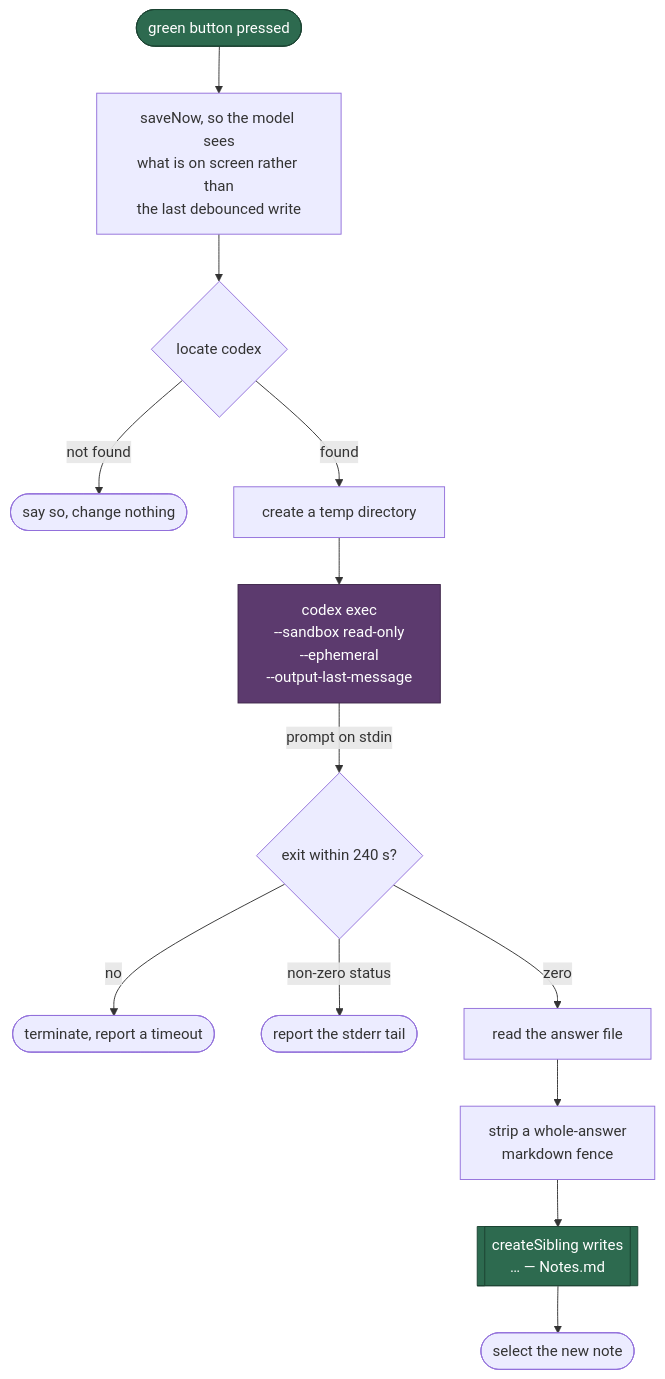
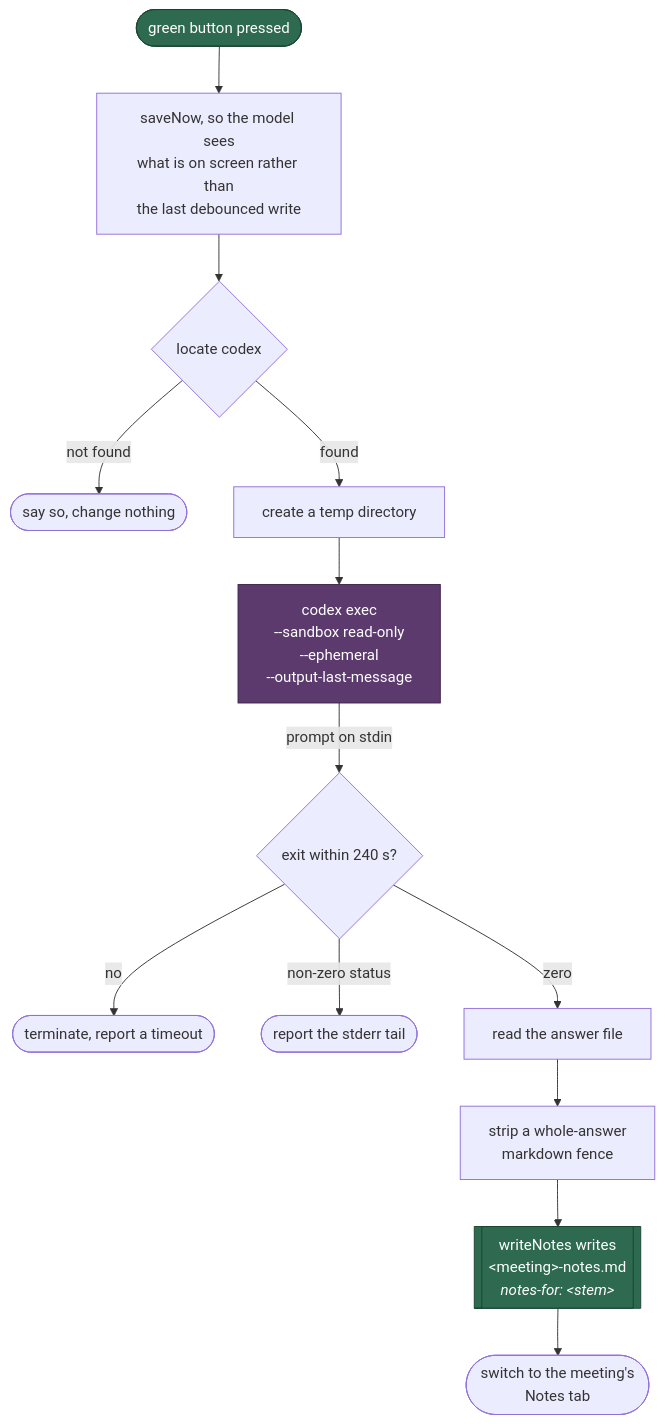
Diagram 14 of 14 in docs/ARCHITECTURE.md (Ashwin3919/LocalFlow), drawn with Mermaid before and after one commit. The commit also changed other lines of this file and 8 other files, not shown here.

````diff
--- a/docs/ARCHITECTURE.md
+++ b/docs/ARCHITECTURE.md
@@ -934,19 +934,19 @@
 ```mermaid
 flowchart TD
     BTN([green button pressed]) --> SAVE[saveNow, so the model sees<br/>what is on screen rather than<br/>the last debounced write]
     SAVE --> LOC{locate codex}
     LOC -->|"not found"| ERR1([say so, change nothing])
     LOC -->|found| TMP[create a temp directory]
     TMP --> RUN["codex exec<br/>--sandbox read-only<br/>--ephemeral<br/>--output-last-message"]
     RUN -->|"prompt on stdin"| WAIT{exit within 240 s?}
     WAIT -->|no| KILL([terminate, report a timeout])
     WAIT -->|"non-zero status"| ERR2([report the stderr tail])
     WAIT -->|"zero"| READ[read the answer file]
     READ --> FENCE[strip a whole-answer<br/>markdown fence]
-    FENCE --> SIB[["createSibling writes<br/>… — Notes.md"]]
-    SIB --> SEL([select the new note])
+    FENCE --> SIB[["writeNotes writes<br/>&lt;meeting&gt;-notes.md<br/><i>notes-for: &lt;stem&gt;</i>"]]
+    SIB --> SEL([switch to the meeting's<br/>Notes tab])
 
     style BTN fill:#2d6a4f,stroke:#1b4332,color:#fff
     style SIB fill:#2d6a4f,stroke:#1b4332,color:#fff
     style RUN fill:#5c3a6e,stroke:#3d2549,color:#fff
 ```
````
